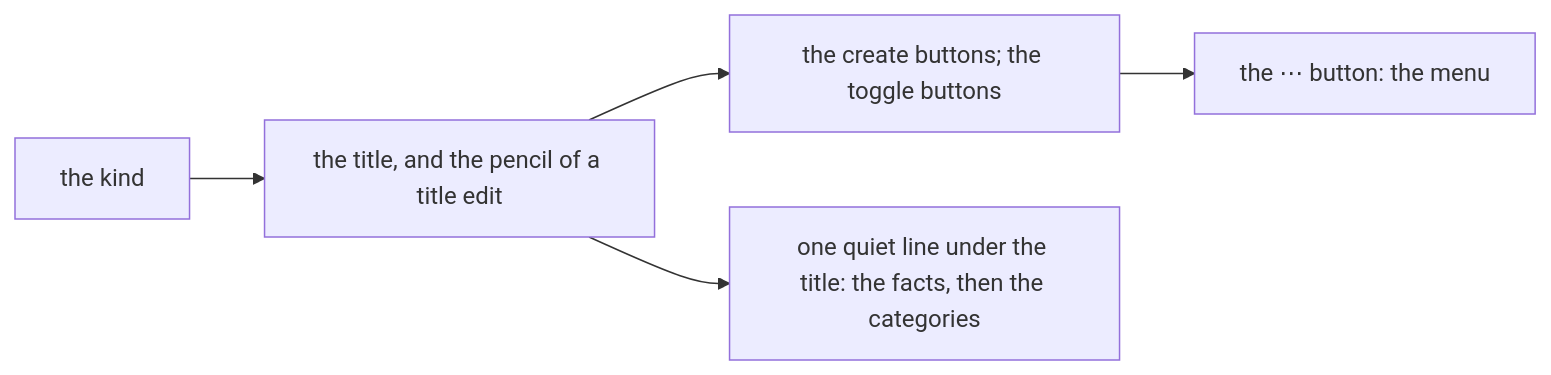
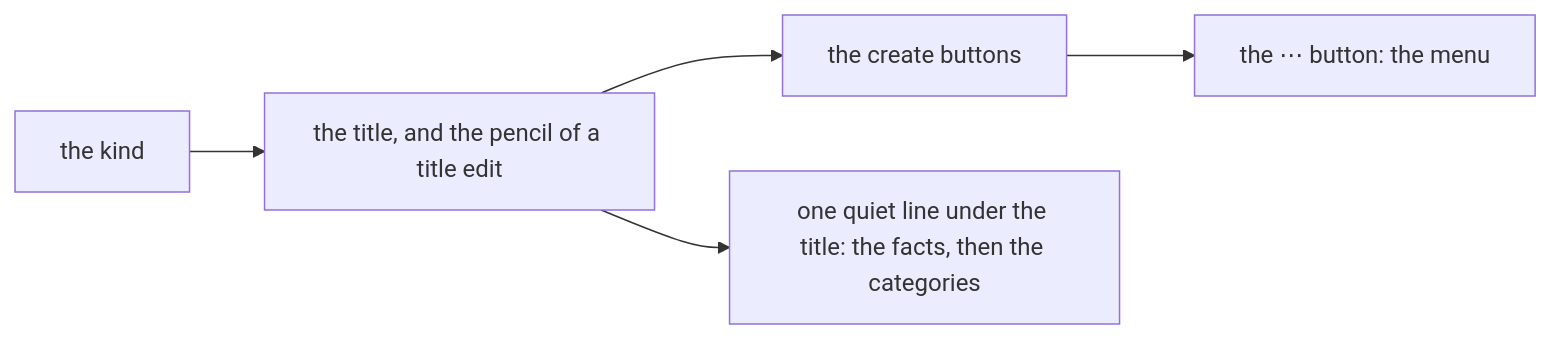
One commit to alexradunet/lifelogdb changed the second of 2 diagrams in docs/plans/159-the-class-of-an-action.md. Above: the diagram before and after it, drawn with Mermaid. The commit also changed other lines of this file, not shown here.

````diff
--- a/docs/plans/159-the-class-of-an-action.md
+++ b/docs/plans/159-the-class-of-an-action.md
@@ -114,7 +118,7 @@
 ```mermaid
 flowchart LR
   K["the kind"] --> H["the title, and the pencil of a title edit"]
-  H --> B["the create buttons; the toggle buttons"]
+  H --> B["the create buttons"]
   B --> O["the ⋯ button: the menu"]
   H --> F["one quiet line under the title: the facts, then the categories"]
 ```
````
